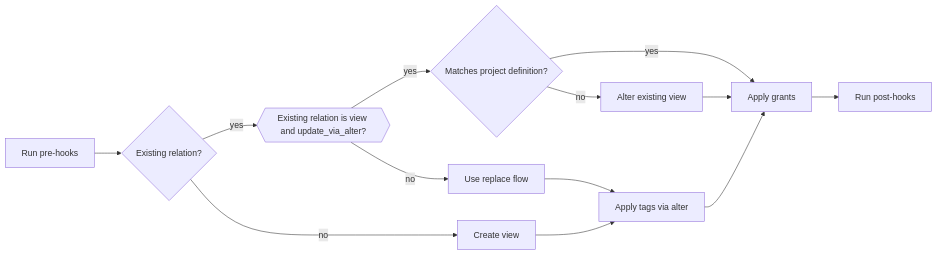
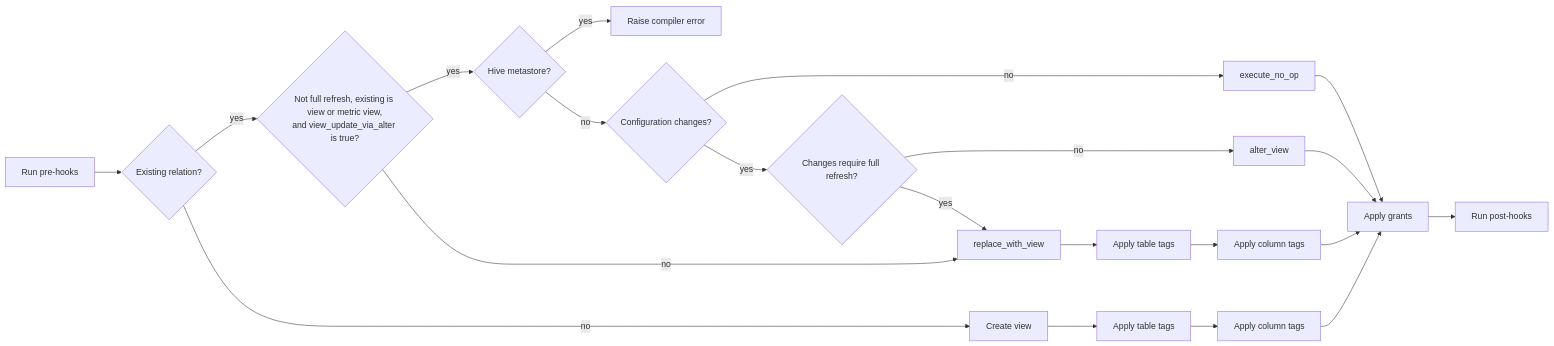
The second of 2 diagrams in docs/flow/view_flow.md (databricks/dbt-databricks), drawn with Mermaid before and after one commit. The commit also changed other lines of this file and 8 other files, not shown here.

Commit message:
docs: correct materialization flow diagrams

````diff
--- a/docs/flow/view_flow.md
+++ b/docs/flow/view_flow.md
@@ -33,25 +27,25 @@
 ```mermaid
 flowchart LR
-    PRE[Run pre-hooks]
-    ALTER[Alter existing view]
-    CREATE[Create view]
-    GRANTS[Apply grants]
-    TAGS[Apply tags via alter]
-    POST[Run post-hooks]
-    REPLACE_FLOW[Use replace flow]
-    D1{Existing relation?}
-    D2{{Existing relation is view and update_via_alter?}}
-    D4{Matches project definition?}
-    PRE-->D1
-    D1--yes-->D2
-    D1--"no"-->CREATE
-    D2--yes-->D4
-    D2--"no"-->REPLACE_FLOW
-    REPLACE_FLOW-->TAGS
-    D4--yes-->GRANTS
-    D4--"no"-->ALTER
-    ALTER-->GRANTS
-    CREATE-->TAGS
-    TAGS-->GRANTS
-    GRANTS-->POST
+    PRE[Run pre-hooks] --> EXIST{Existing relation?}
+    EXIST -- no --> CREATE[Create view]
+    CREATE --> NEWTAGS[Apply table tags]
+    NEWTAGS --> NEWCOLTAGS[Apply column tags]
+    NEWCOLTAGS --> GRANTS[Apply grants]
+
+    EXIST -- yes --> ALTERABLE{"Not full refresh, existing is view or metric view,\nand view_update_via_alter is true?"}
+    ALTERABLE -- no --> REPLACE[replace_with_view]
+    ALTERABLE -- yes --> HMS{Hive metastore?}
+    HMS -- yes --> ERROR[Raise compiler error]
+    HMS -- no --> CHANGES{Configuration changes?}
+    CHANGES -- no --> NOOP[execute_no_op]
+    CHANGES -- yes --> REFRESH{Changes require full refresh?}
+    REFRESH -- yes --> REPLACE
+    REFRESH -- no --> ALTER[alter_view]
+
+    REPLACE --> TAGS[Apply table tags]
+    TAGS --> COLTAGS[Apply column tags]
+    COLTAGS --> GRANTS
+    ALTER --> GRANTS
+    NOOP --> GRANTS
+    GRANTS --> POST[Run post-hooks]
 ```
````
